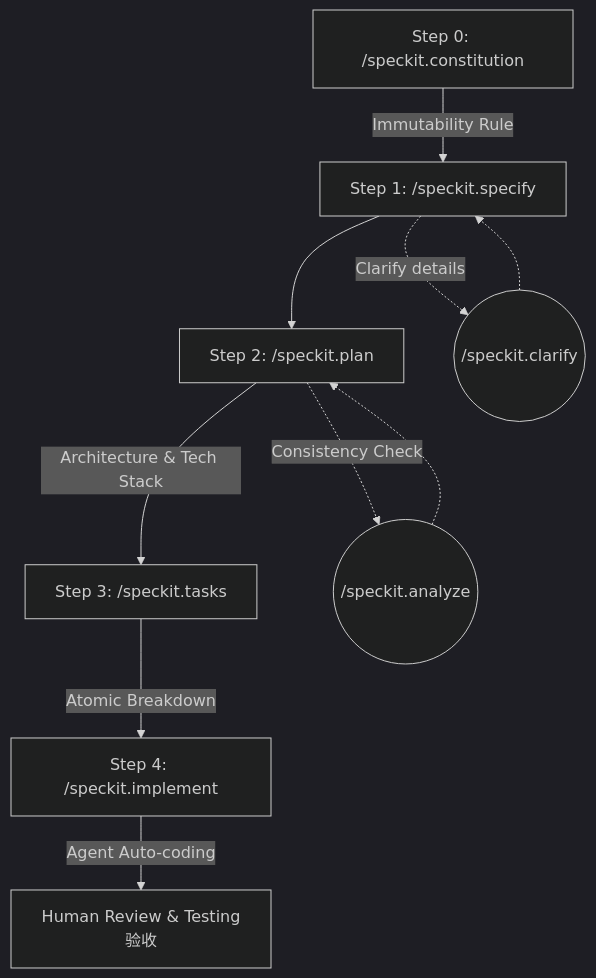
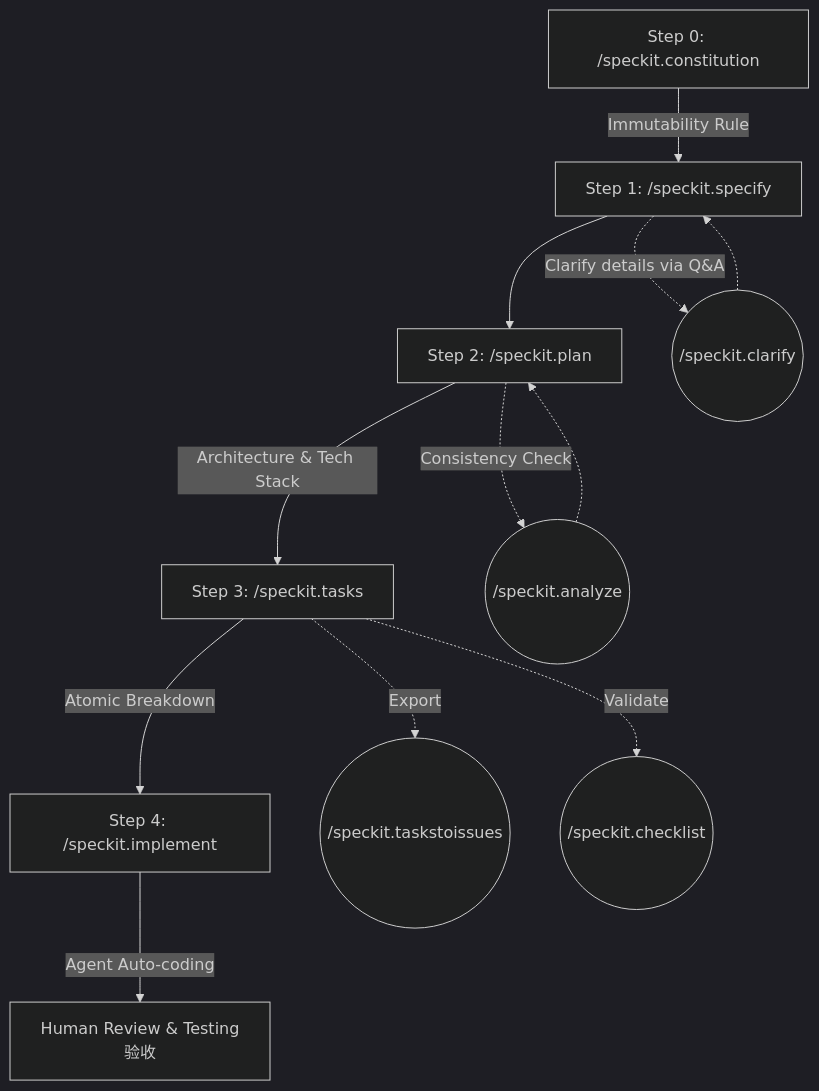
The diagram in _posts/2026-03-04-sdd-series-part-2-spec-kit.md (RbBtSn0w/rbbtsn0w.github.io), drawn with Mermaid (dark theme) before and after one commit. The commit also changed other lines of this file and 2 other files, not shown here.

````diff
--- a/_posts/2026-03-04-sdd-series-part-2-spec-kit.md
+++ b/_posts/2026-03-04-sdd-series-part-2-spec-kit.md
@@ -48,14 +48,17 @@
 ```mermaid
 flowchart TD
     A[Step 0: /speckit.constitution] -->|Immutability Rule| B[Step 1: /speckit.specify]
     B --> C[Step 2: /speckit.plan]
     C -->|Architecture & Tech Stack| D[Step 3: /speckit.tasks]
     D -->|Atomic Breakdown| E[Step 4: /speckit.implement]
     E -->|Agent Auto-coding| F[Human Review & Testing验收]
     
-    B -.->|Clarify details| B1((/speckit.clarify))
+    B -.->|Clarify details via Q&A| B1((/speckit.clarify))
     B1 -.-> B
     
     C -.->|Consistency Check| C1((/speckit.analyze))
     C1 -.-> C
+    
+    D -.->|Export| D1((/speckit.taskstoissues))
+    D -.->|Validate| D2((/speckit.checklist))
 ```
````
